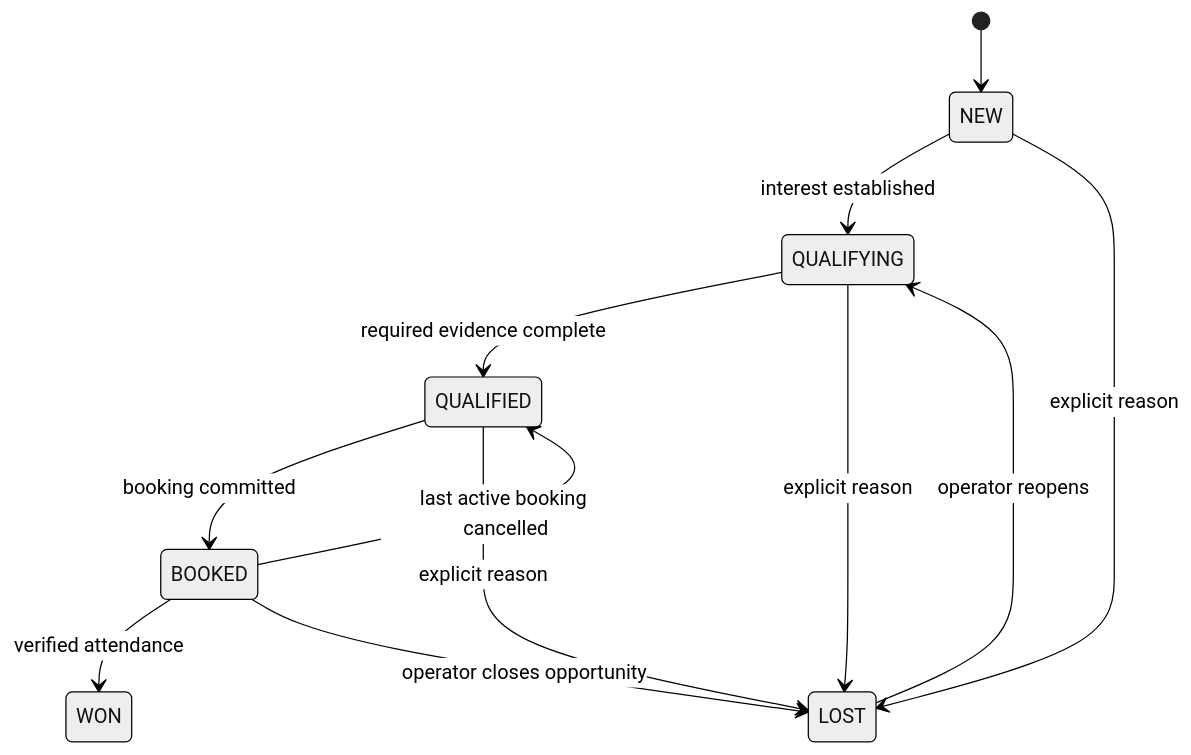
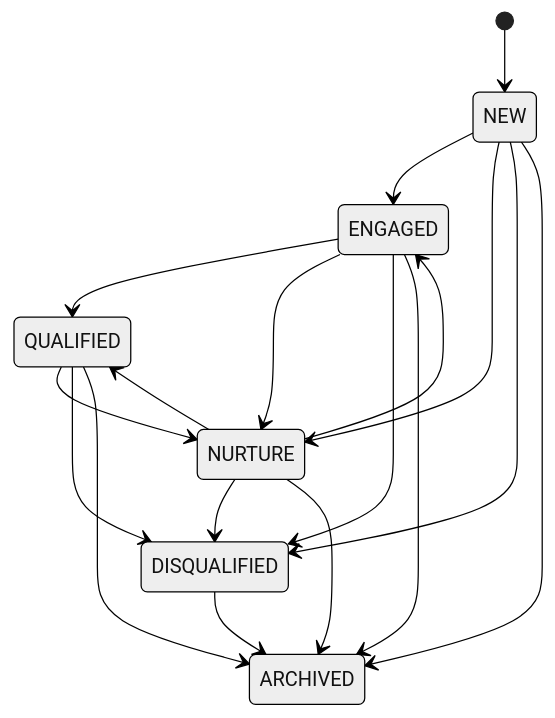
The diagram in docs/ai-sales-agent/03-domain/lead-state-machine.md (rahman-O/ai-sales-agent), drawn with Mermaid (neutral theme) before and after one commit. The commit also changed other lines of this file and 137 other files, not shown here.

````diff
--- a/docs/ai-sales-agent/03-domain/lead-state-machine.md
+++ b/docs/ai-sales-agent/03-domain/lead-state-machine.md
@@ -3,14 +3,20 @@
 ```mermaid
 stateDiagram-v2
   [*] --> NEW
-  NEW --> QUALIFYING: interest established
-  QUALIFYING --> QUALIFIED: required evidence complete
-  QUALIFIED --> BOOKED: booking committed
-  NEW --> LOST: explicit reason
-  QUALIFYING --> LOST: explicit reason
-  QUALIFIED --> LOST: explicit reason
-  BOOKED --> QUALIFIED: last active booking cancelled
-  BOOKED --> WON: verified attendance
-  BOOKED --> LOST: operator closes opportunity
-  LOST --> QUALIFYING: operator reopens
+  NEW --> ENGAGED
+  NEW --> NURTURE
+  NEW --> DISQUALIFIED
+  NEW --> ARCHIVED
+  ENGAGED --> QUALIFIED
+  ENGAGED --> NURTURE
+  ENGAGED --> DISQUALIFIED
+  ENGAGED --> ARCHIVED
+  QUALIFIED --> NURTURE
+  QUALIFIED --> DISQUALIFIED
+  QUALIFIED --> ARCHIVED
+  NURTURE --> ENGAGED
+  NURTURE --> QUALIFIED
+  NURTURE --> DISQUALIFIED
+  NURTURE --> ARCHIVED
+  DISQUALIFIED --> ARCHIVED
 ```
````
